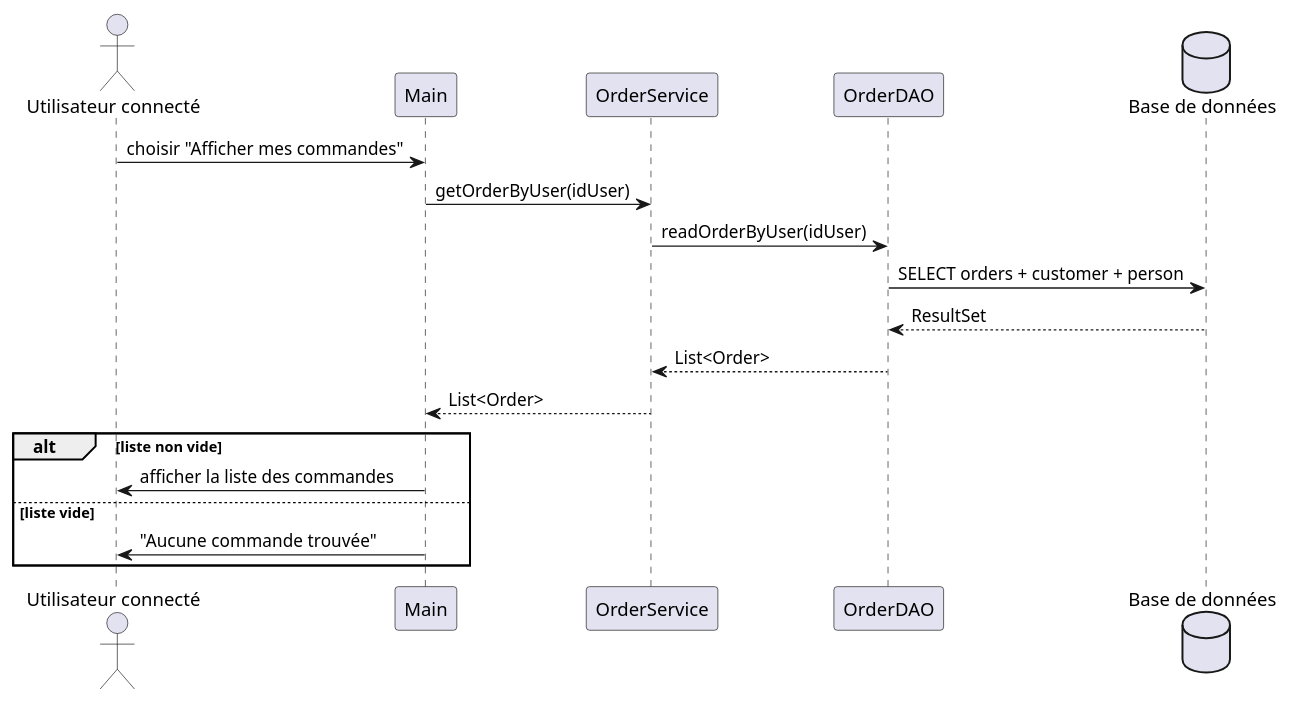
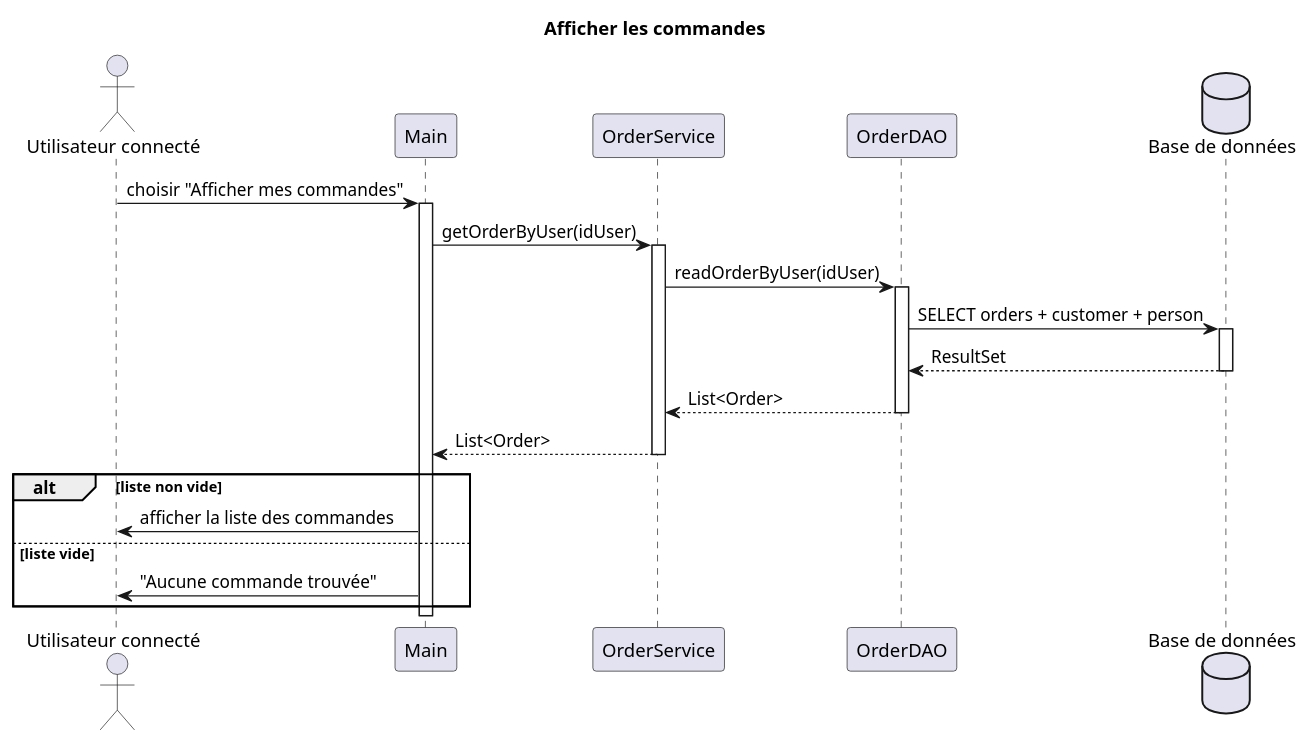
One commit to AmandineGrardLaurent/JavaEvaluationBusiness changed the diagram in docs/sequence_diagrams/sequence_diagram_afficher_commandes.puml. Above: the diagram before and after it, drawn with PlantUML.

Commit message:
Add lifelines to sequence_diagram_afficher_commandes.puml

```diff
--- a/docs/sequence_diagrams/sequence_diagram_afficher_commandes.puml
+++ b/docs/sequence_diagrams/sequence_diagram_afficher_commandes.puml
@@ -1,24 +1,39 @@
-@startuml sequence diagram Afficher les commandes
+@startuml sequence diagram - Afficher les commandes
+
+title Afficher les commandes
 actor "Utilisateur connecté" as User
 participant "Main" as Main
 participant "OrderService" as OrderService
 participant "OrderDAO" as OrderDAO
 database "Base de données" as DB
 
 User -> Main : choisir "Afficher mes commandes"
+activate Main
+
 Main -> OrderService : getOrderByUser(idUser)
+activate OrderService
+
 OrderService -> OrderDAO : readOrderByUser(idUser)
+activate OrderDAO
 
 OrderDAO -> DB : SELECT orders + customer + person
+activate DB
+
 DB --> OrderDAO : ResultSet
+deactivate DB
 
 OrderDAO --> OrderService : List<Order>
+deactivate OrderDAO
+
 OrderService --> Main : List<Order>
+deactivate OrderService
 
 alt liste non vide
     Main -> User : afficher la liste des commandes
 else liste vide
     Main -> User : "Aucune commande trouvée"
 end
 
+deactivate Main
+
 @enduml
```
